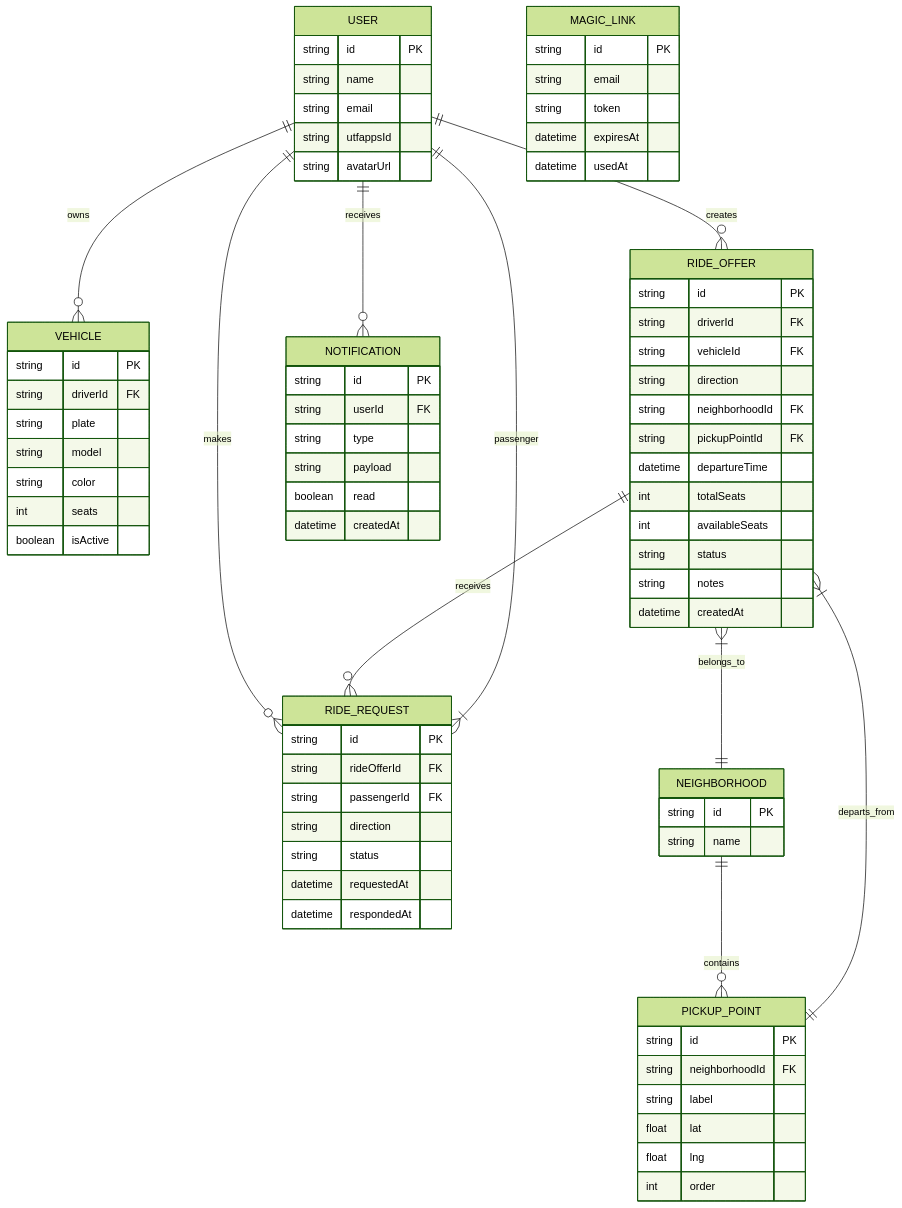
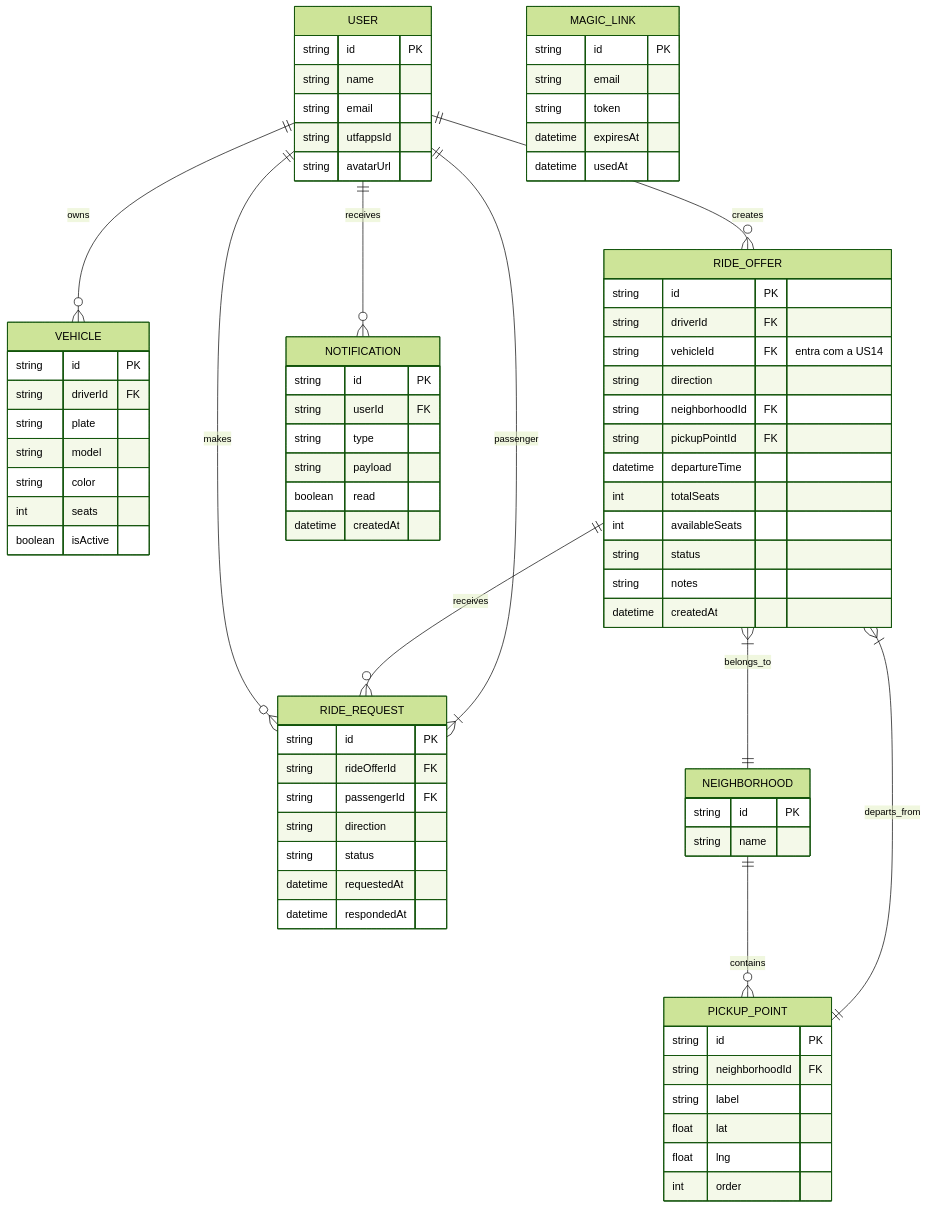
Before and after one commit to gabrielbucz/munte_app: the diagram in docs/architecture.md, drawn with Mermaid (forest theme). The commit also changed other lines of this file and 2 other files, not shown here.

````diff
--- a/docs/architecture.md
+++ b/docs/architecture.md
@@ -104,78 +105,78 @@
 ```mermaid
 erDiagram
     USER ||--o{ VEHICLE : owns
     USER ||--o{ RIDE_OFFER : creates
     USER ||--o{ RIDE_REQUEST : makes
     USER ||--o{ NOTIFICATION : receives
     USER {
         string id PK
         string name
         string email
         string utfappsId
         string avatarUrl
     }
     VEHICLE {
         string id PK
         string driverId FK
         string plate
         string model
         string color
         int seats
         boolean isActive
     }
     RIDE_OFFER ||--o{ RIDE_REQUEST : receives
     RIDE_OFFER {
         string id PK
         string driverId FK
-        string vehicleId FK
+        string vehicleId FK "entra com a US14"
         string direction
         string neighborhoodId FK
         string pickupPointId FK
         datetime departureTime
         int totalSeats
         int availableSeats
         string status
         string notes
         datetime createdAt
     }
     RIDE_REQUEST {
         string id PK
         string rideOfferId FK
         string passengerId FK
         string direction
         string status
         datetime requestedAt
         datetime respondedAt
     }
     NEIGHBORHOOD ||--o{ PICKUP_POINT : contains
     NEIGHBORHOOD {
         string id PK
         string name
     }
     PICKUP_POINT {
         string id PK
         string neighborhoodId FK
         string label
         float lat
         float lng
         int order
     }
     NOTIFICATION {
         string id PK
         string userId FK
         string type
         string payload
         boolean read
         datetime createdAt
     }
     MAGIC_LINK {
         string id PK
         string email
         string token
         datetime expiresAt
         datetime usedAt
     }
     RIDE_OFFER }|--|| NEIGHBORHOOD : belongs_to
     RIDE_OFFER }|--|| PICKUP_POINT : departs_from
     RIDE_REQUEST }|--|| USER : passenger
 ```
````
